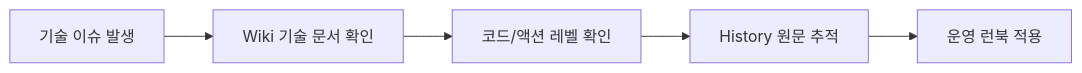
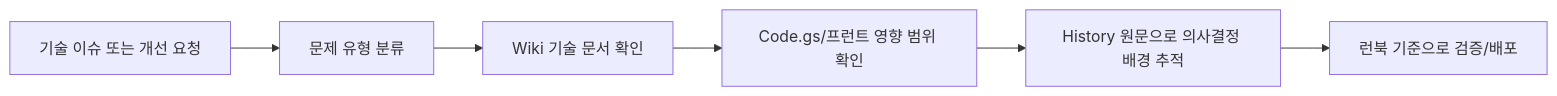
Before and after one commit to cloud-club/CloudClubAttendanceSystem: the diagram in TECH_DOCS.md, drawn with Mermaid. The commit also changed other lines of this file and 7 other files, not shown here.

````diff
--- a/TECH_DOCS.md
+++ b/TECH_DOCS.md
@@ -6,7 +6,8 @@
 ```mermaid
 flowchart LR
-  A["기술 이슈 발생"] --> B["Wiki 기술 문서 확인"]
-  B --> C["코드/액션 레벨 확인"]
-  C --> D["History 원문 추적"]
-  D --> E["운영 런북 적용"]
+  A["기술 이슈 또는 개선 요청"] --> B["문제 유형 분류"]
+  B --> C["Wiki 기술 문서 확인"]
+  C --> D["Code.gs/프런트 영향 범위 확인"]
+  D --> E["History 원문으로 의사결정 배경 추적"]
+  E --> F["런북 기준으로 검증/배포"]
 ```
````
